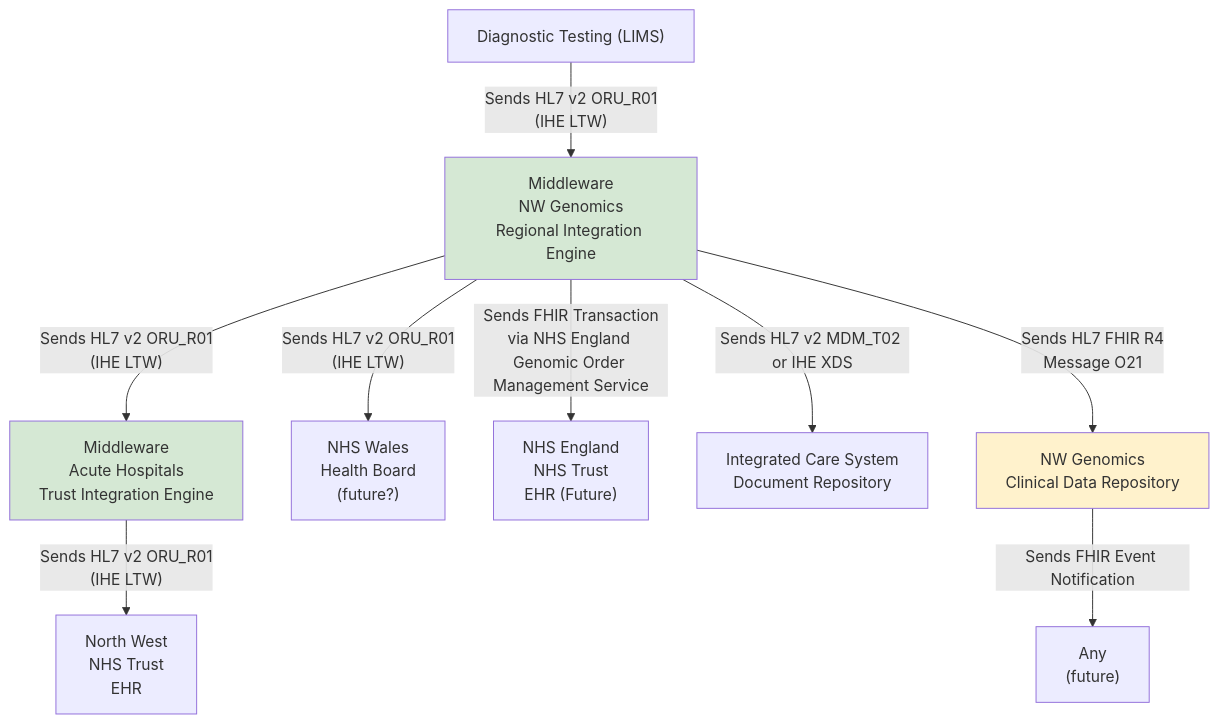
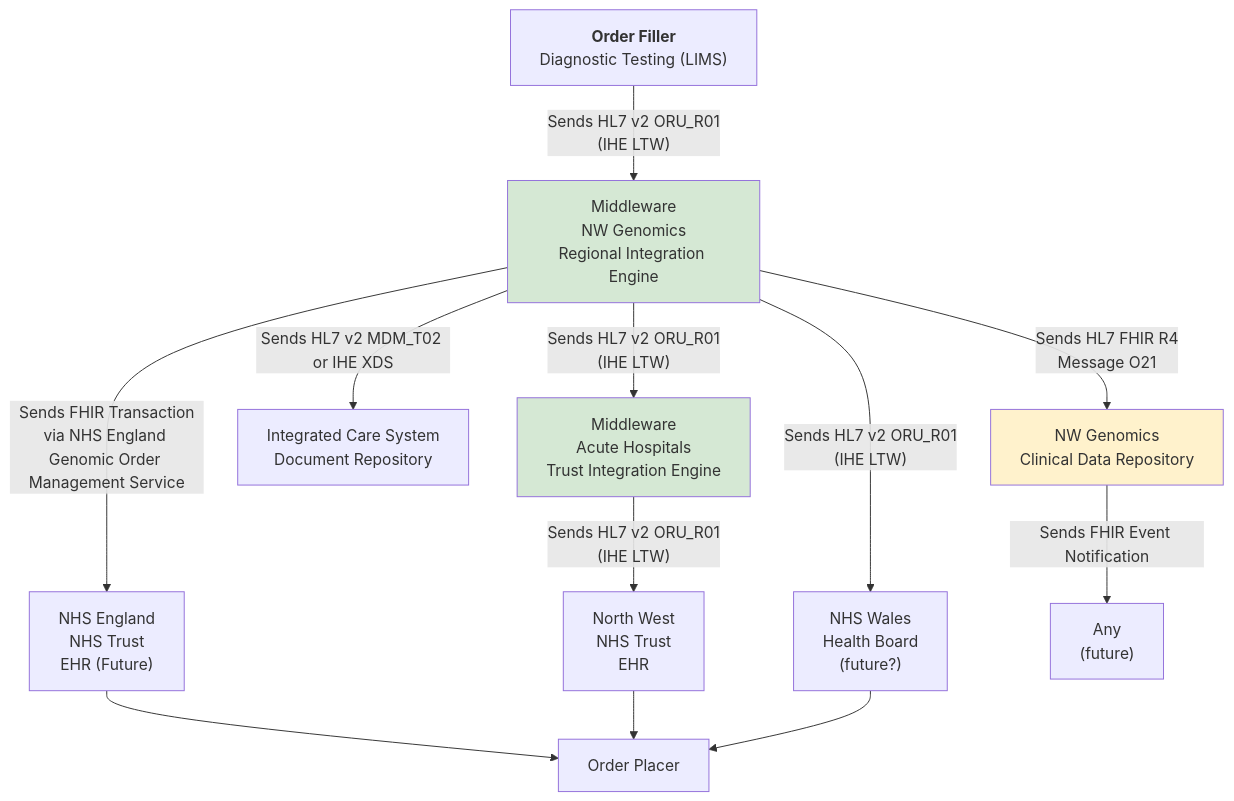
Before and after one commit to uk-gov-mirror/nw-gmsa.nw-gmsa.github.com: the second of 2 diagrams in input/pagecontent/LTW.md, drawn with Mermaid. The commit also changed other lines of this file and 1 other file, not shown here.

Commit message:
tags and keywords

````diff
--- a/input/pagecontent/LTW.md
+++ b/input/pagecontent/LTW.md
@@ -256,17 +256,20 @@
 ```mermaid
 graph TD;
-    Receive["Diagnostic Testing (LIMS)"] --> |"Sends HL7 v2 ORU_R01<br/>(IHE LTW)"| RIE[Middleware<br/>NW Genomics<br/>Regional Integration Engine] 
+    Receive["<b>Order Filler</b><br/>Diagnostic Testing (LIMS)"] --> |"Sends HL7 v2 ORU_R01<br/>(IHE LTW)"| RIE[Middleware<br/>NW Genomics<br/>Regional Integration Engine] 
     RIE --> |"Sends HL7 v2 ORU_R01<br/>(IHE LTW)"| TIE[Middleware<br/>Acute Hospitals<br/>Trust Integration Engine] 
     TIE--> |"Sends HL7 v2 ORU_R01<br/>(IHE LTW)"| EHRTIE[North West<br/>NHS Trust<br/>EHR] 
     RIE--> |"Sends HL7 v2 ORU_R01<br/>(IHE LTW)"| BOARD["NHS Wales<br/>Health Board<br/> (future?)"]
     RIE --> |"Sends FHIR Transaction<br/>via NHS England Genomic Order Management Service"| GOMS["NHS England<br/>NHS Trust<br/>EHR (Future)"] 
     RIE --> |Sends HL7 v2 MDM_T02 or IHE XDS| ICSTIE[Integrated Care System <br/> Document Repository]
     RIE --> |Sends HL7 FHIR R4<br/>Message O21| CDR[NW Genomics<br/>Clinical Data Repository]
     CDR --> |Sends FHIR Event Notification| Any["Any <br/>(future)"]
+    GOMS --> OrderPlacer[Order Placer]
+    EHRTIE --> OrderPlacer
+    BOARD--> OrderPlacer
 
     classDef green fill:#D5E8D4;
     classDef yellow fill:#FFF2CC;
     class RIE green;
     class TIE green;
     class CDR yellow;
 ```
````
